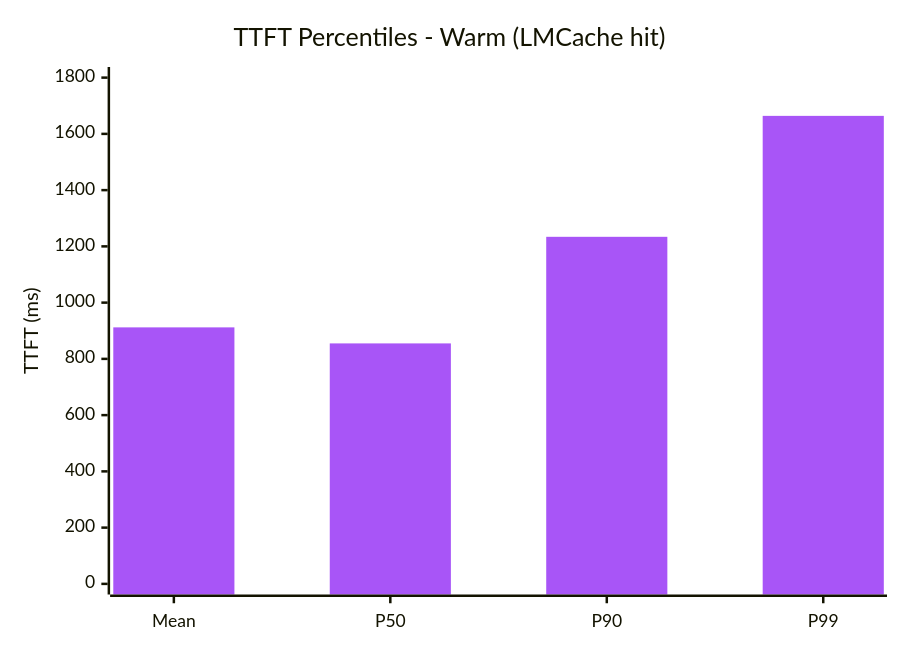
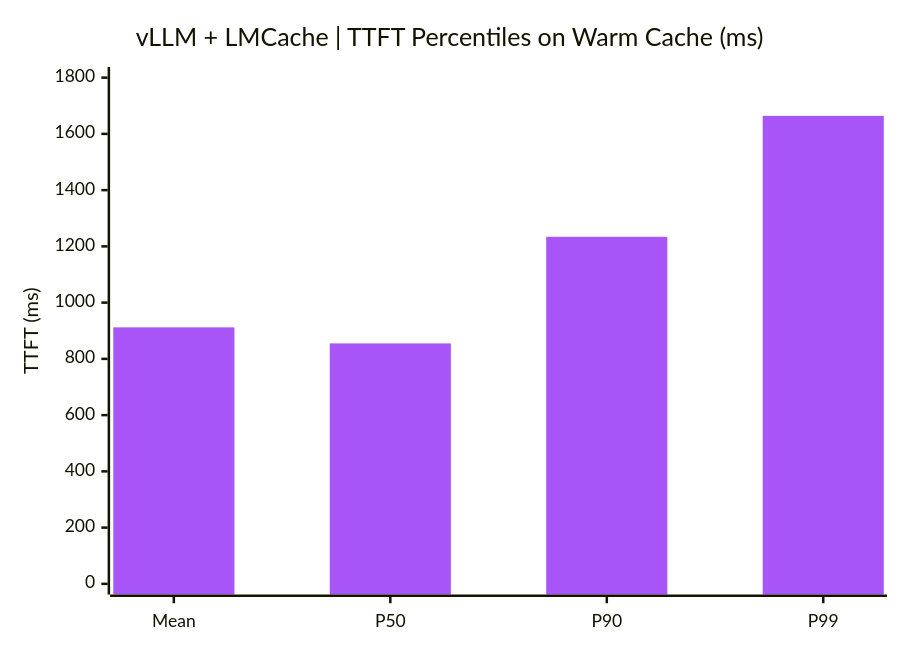
One commit to umianta/lmcache-vllm changed the fourth of 4 diagrams in README.md. Above: the diagram before and after it, drawn with Mermaid. The commit also changed other lines of this file, not shown here.

Commit message:
Update README: colorful Mermaid charts with vLLM + LMCache branding

````diff
--- a/README.md
+++ b/README.md
@@ -262,8 +262,8 @@
 ```mermaid
 %%{init: {'theme': 'base', 'themeVariables': {'xyChart': {'plotColorPalette': '#a855f7'}}}}%%
 xychart-beta
-    title "TTFT Percentiles - Warm (LMCache hit)"
+    title "vLLM + LMCache | TTFT Percentiles on Warm Cache (ms)"
     x-axis ["Mean", "P50", "P90", "P99"]
     y-axis "TTFT (ms)" 0 --> 1800
     bar [912, 855, 1234, 1664]
 ```
````
